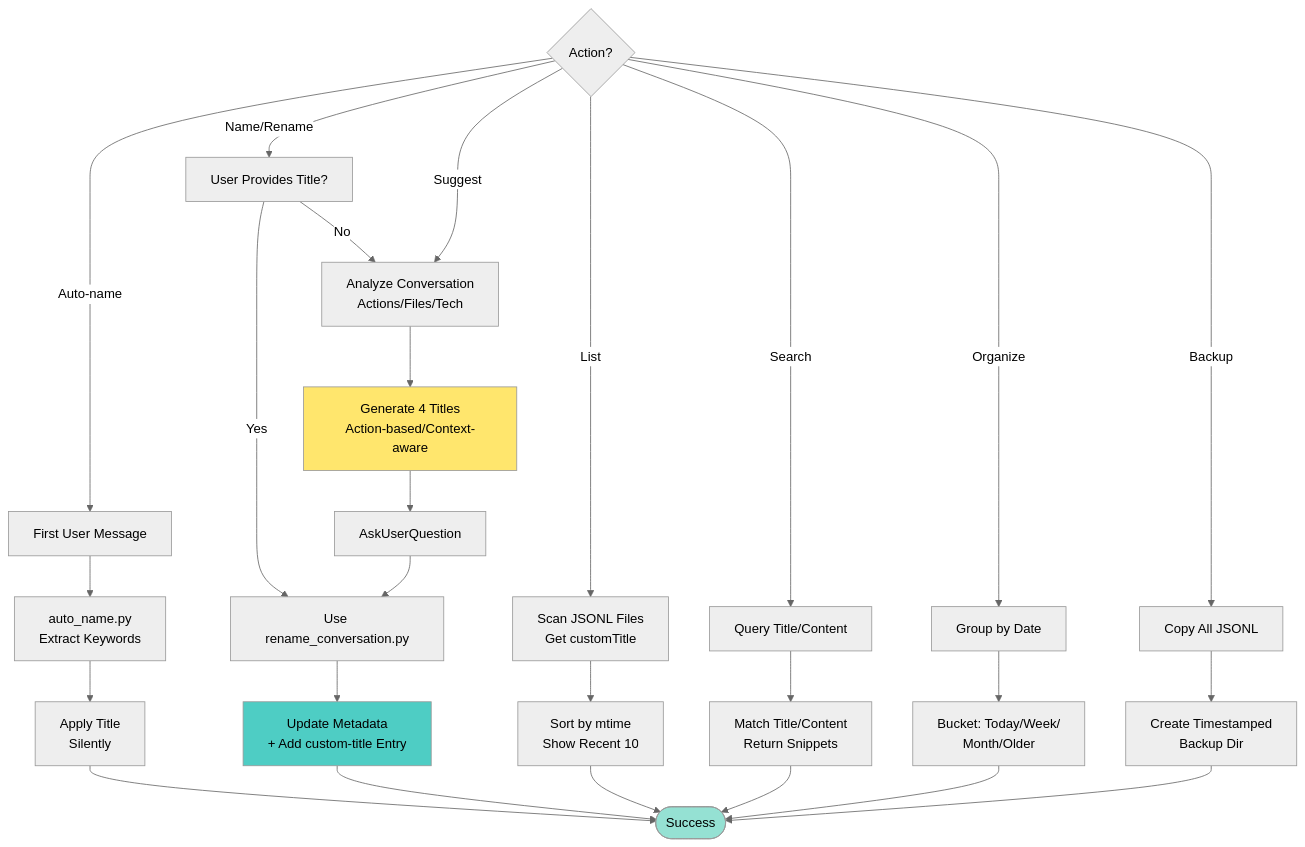
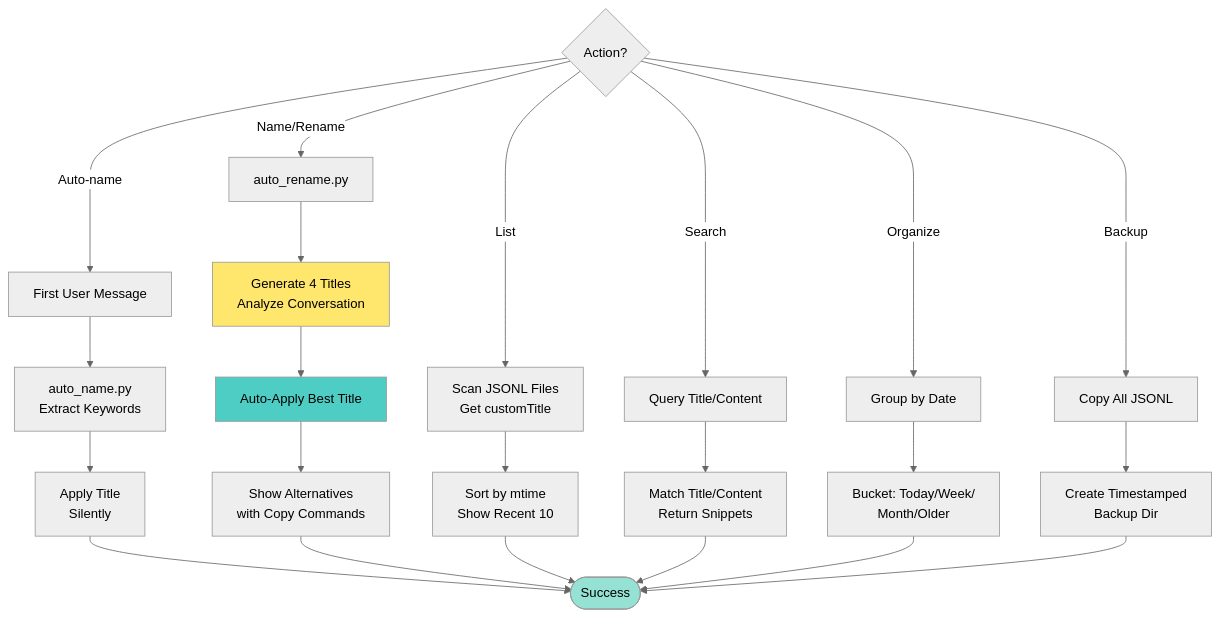
One commit to Minda/DigitalBrain changed the diagram in .claude/skills/conversations-manage/SKILL.md. Above: the diagram before and after it, drawn with Mermaid (neutral theme). The commit also changed other lines of this file and 30 other files, not shown here.

````diff
--- a/.claude/skills/conversations-manage/SKILL.md
+++ b/.claude/skills/conversations-manage/SKILL.md
@@ -15,40 +75,34 @@
 ```mermaid
 graph TD
     Start{Action?} -->|Auto-name| A1[First User Message]
-    Start -->|Name/Rename| R1[User Provides Title?]
-    Start -->|Suggest| S1[Analyze Conversation<br/>Actions/Files/Tech]
+    Start -->|Name/Rename| N1[auto_rename.py]
     Start -->|List| L1[Scan JSONL Files<br/>Get customTitle]
     Start -->|Search| Q1[Query Title/Content]
     Start -->|Organize| O1[Group by Date]
     Start -->|Backup| B1[Copy All JSONL]
 
     A1 --> A2[auto_name.py<br/>Extract Keywords]
     A2 --> A3[Apply Title<br/>Silently]
     A3 --> Done([Success])
 
-    R1 -->|Yes| R2[Use rename_conversation.py]
-    R1 -->|No| S1
-
-    S1 --> S2[Generate 4 Titles<br/>Action-based/Context-aware]
-    S2 --> S3[AskUserQuestion]
-    S3 --> R2
-
-    R2 --> R3[Update Metadata<br/>+ Add custom-title Entry]
-    R3 --> Done([Success])
+    N1 --> N2[Generate 4 Titles<br/>Analyze Conversation]
+    N2 --> N3[Auto-Apply Best Title]
+    N3 --> N4[Show Alternatives<br/>with Copy Commands]
+    N4 --> Done
 
     L1 --> L2[Sort by mtime<br/>Show Recent 10]
     L2 --> Done
 
     Q1 --> Q2[Match Title/Content<br/>Return Snippets]
     Q2 --> Done
 
     O1 --> O2[Bucket: Today/Week/<br/>Month/Older]
     O2 --> Done
 
     B1 --> B2[Create Timestamped<br/>Backup Dir]
     B2 --> Done
 
-    style R3 fill:#4ecdc4
-    style S2 fill:#ffe66d
+    style N3 fill:#4ecdc4
+    style N2 fill:#ffe66d
     style Done fill:#95e1d3
 ```
````
